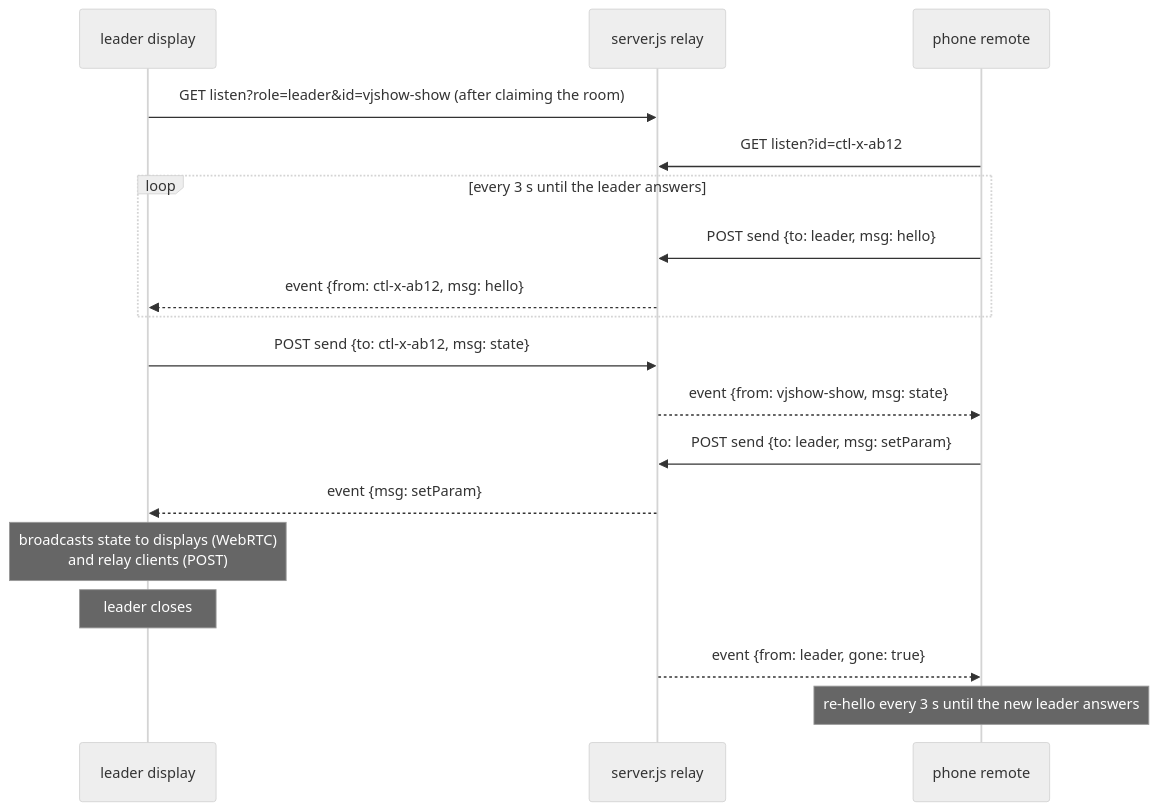
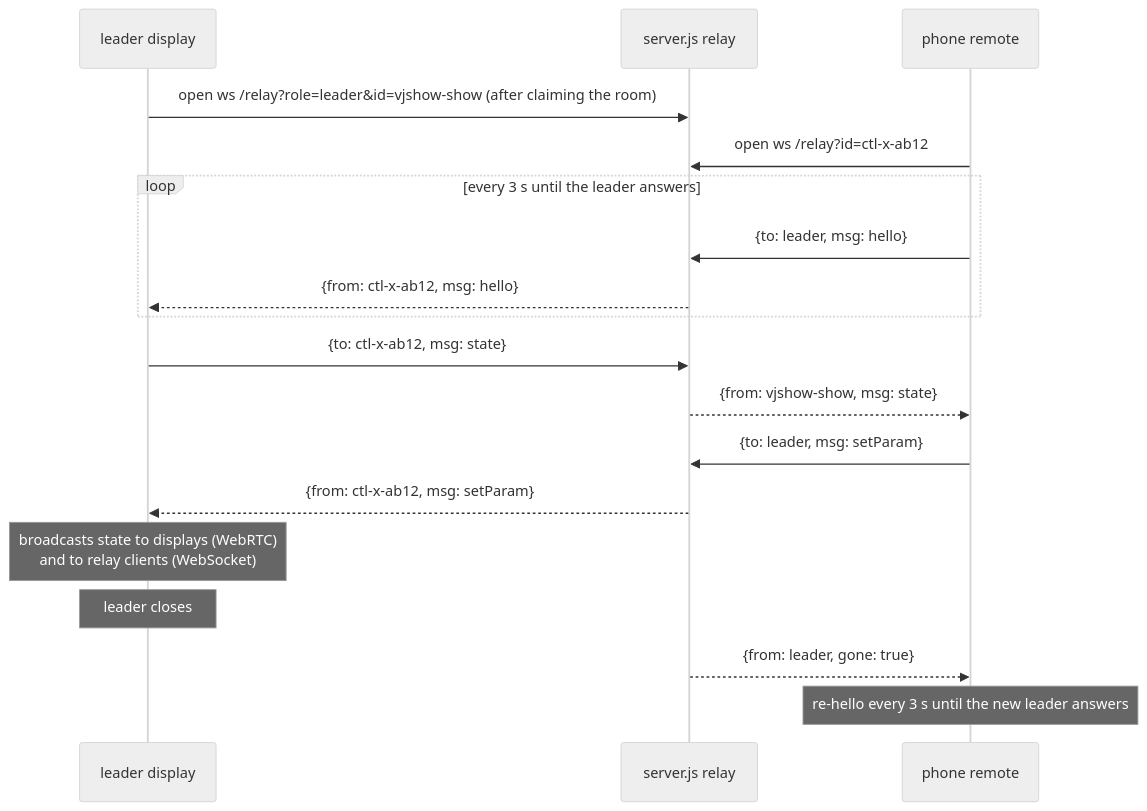
Before and after one commit to dnuke-art/vj-show: the second of 2 diagrams in docs/sync.md, drawn with Mermaid (neutral theme). The commit also changed other lines of this file and 8 other files, not shown here.

First line of the commit message:
Relay over a WebSocket; smooth phone sliders; sync test waits for the leader

````diff
--- a/docs/sync.md
+++ b/docs/sync.md
@@ -212,20 +215,20 @@
 ```mermaid
 sequenceDiagram
   participant L as leader display
   participant S as server.js relay
   participant R as phone remote
-  L->>S: GET listen?role=leader&id=vjshow-show   (after claiming the room)
-  R->>S: GET listen?id=ctl-x-ab12
+  L->>S: open ws /relay?role=leader&id=vjshow-show   (after claiming the room)
+  R->>S: open ws /relay?id=ctl-x-ab12
   loop every 3 s until the leader answers
-    R->>S: POST send {to: leader, msg: hello}
-    S-->>L: event {from: ctl-x-ab12, msg: hello}
+    R->>S: {to: leader, msg: hello}
+    S-->>L: {from: ctl-x-ab12, msg: hello}
   end
-  L->>S: POST send {to: ctl-x-ab12, msg: state}
-  S-->>R: event {from: vjshow-show, msg: state}
-  R->>S: POST send {to: leader, msg: setParam}
-  S-->>L: event {msg: setParam}
-  Note over L: broadcasts state to displays (WebRTC)<br/>and relay clients (POST)
+  L->>S: {to: ctl-x-ab12, msg: state}
+  S-->>R: {from: vjshow-show, msg: state}
+  R->>S: {to: leader, msg: setParam}
+  S-->>L: {from: ctl-x-ab12, msg: setParam}
+  Note over L: broadcasts state to displays (WebRTC)<br/>and to relay clients (WebSocket)
   Note over L: leader closes
-  S-->>R: event {from: leader, gone: true}
+  S-->>R: {from: leader, gone: true}
   Note over R: re-hello every 3 s until the new leader answers
 ```
````
